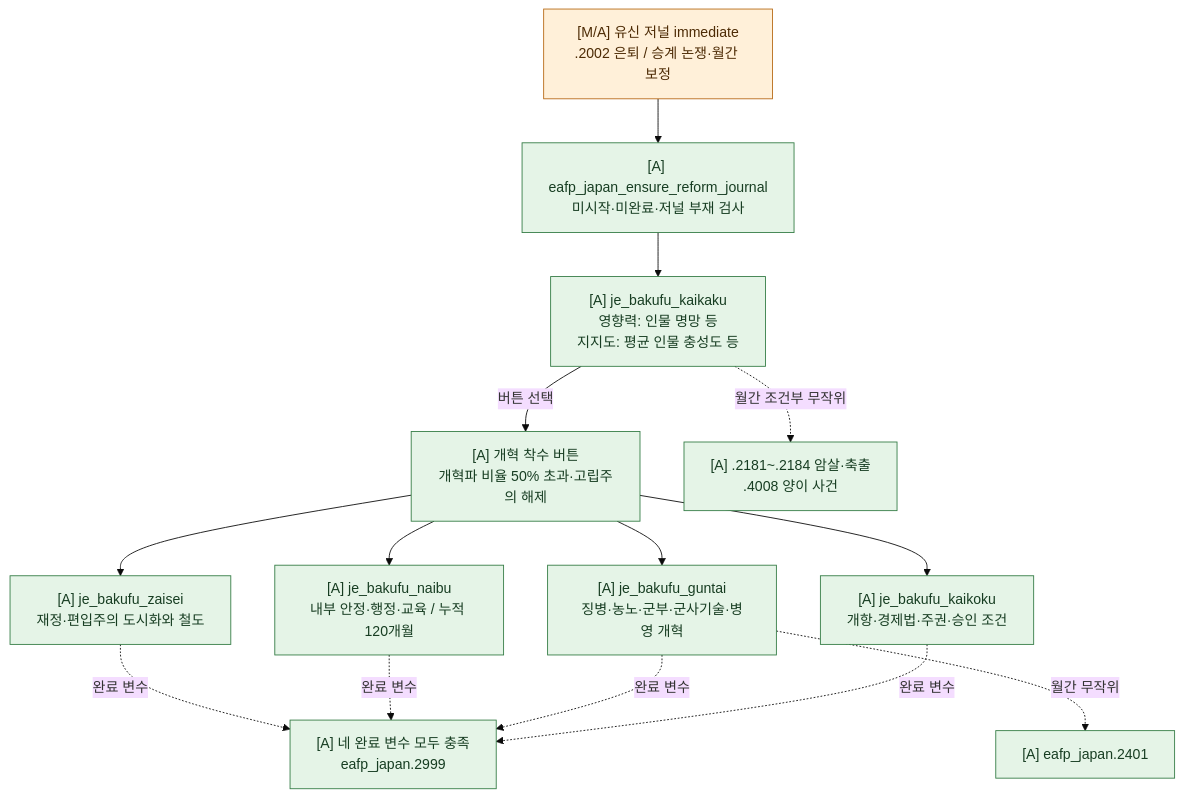
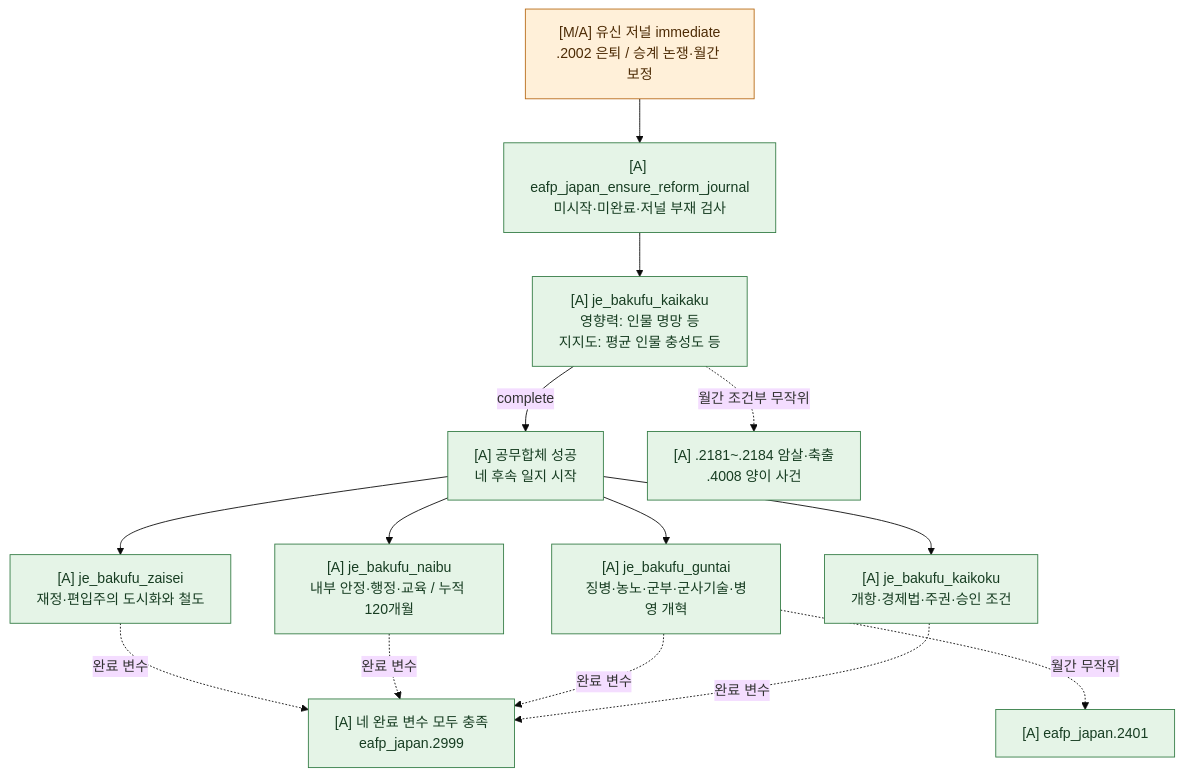
Before and after one commit to East-Asia-Flavor-Pack/East-Asia-Flavor-Pack: the third of 13 diagrams in documentation/japan_content.md, drawn with Mermaid (base theme). The commit also changed other lines of this file and 13 other files, not shown here.

````diff
--- a/documentation/japan_content.md
+++ b/documentation/japan_content.md
@@ -536,33 +539,33 @@
 ```mermaid
 flowchart TD
     ENTRY["[A] eafp_japan_ensure_reform_journal<br/>미시작·미완료·저널 부재 검사"]:::A
     SOURCES["[M/A] 유신 저널 immediate<br/>.2002 은퇴 / 승계 논쟁·월간 보정"]:::M
     J["[A] je_bakufu_kaikaku<br/>영향력: 인물 명망 등<br/>지지도: 평균 인물 충성도 등"]:::A
-    BTN["[A] 개혁 착수 버튼<br/>개혁파 비율 50% 초과·고립주의 해제"]:::A
+    BTN["[A] 공무합체 성공<br/>네 후속 일지 시작"]:::A
     OPEN["[A] je_bakufu_kaikoku<br/>개항·경제법·주권·승인 조건"]:::A
     ARMY["[A] je_bakufu_guntai<br/>징병·농노·군부·군사기술·병영 개혁"]:::A
     INNER["[A] je_bakufu_naibu<br/>내부 안정·행정·교육 / 누적 120개월"]:::A
     FIN["[A] je_bakufu_zaisei<br/>재정·편입주의 도시화와 철도"]:::A
     RESULT["[A] 네 완료 변수 모두 충족<br/>eafp_japan.2999"]:::A
     CONFLICT["[A] .2181~.2184 암살·축출<br/>.4008 양이 사건"]:::A
     DRILL["[A] eafp_japan.2401"]:::A
     SOURCES --> ENTRY
     ENTRY --> J
-    J -->|버튼 선택| BTN
+    J -->|complete| BTN
     BTN --> OPEN
     BTN --> ARMY
     BTN --> INNER
     BTN --> FIN
     OPEN -. "완료 변수" .-> RESULT
     ARMY -. "완료 변수" .-> RESULT
     INNER -. "완료 변수" .-> RESULT
     FIN -. "완료 변수" .-> RESULT
     J -. "월간 조건부 무작위" .-> CONFLICT
     ARMY -. "월간 무작위" .-> DRILL
     classDef V fill:#e7f0fc,stroke:#35689a,color:#172b45;
     classDef M fill:#fff0d9,stroke:#b76a16,color:#4d2b05;
     classDef A fill:#e5f4e7,stroke:#347c45,color:#173d22;
     classDef U fill:#eeeeee,stroke:#777777,color:#333333,stroke-dasharray:5 5;
     classDef N fill:#f4f4f4,stroke:#777777,color:#333333;
 
 ```
````
